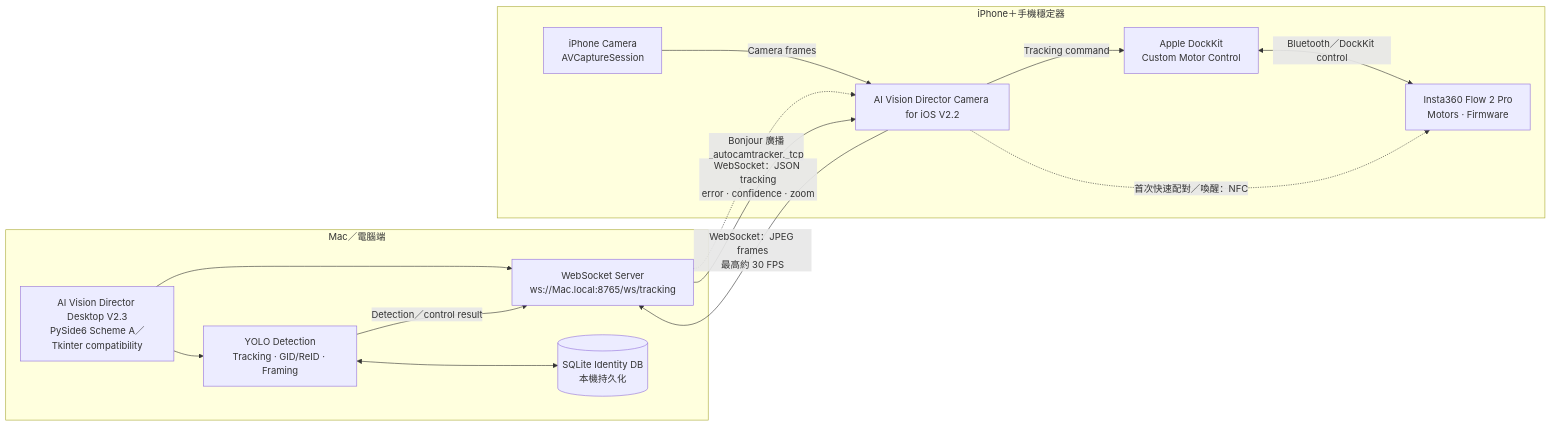
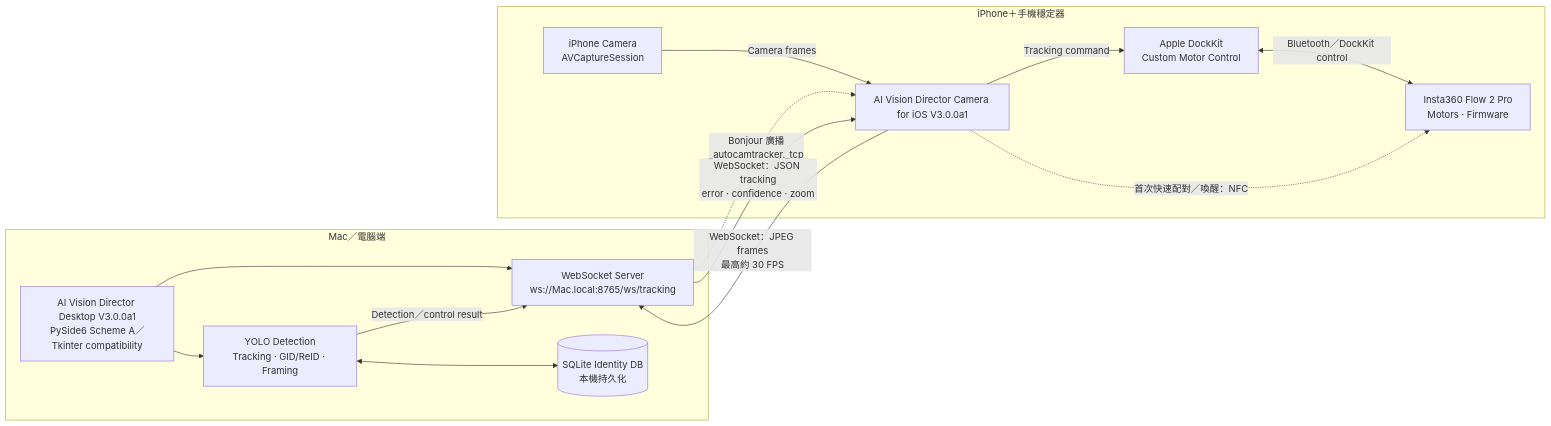
Before and after one commit to LN-676/AI-Vision-Director: the first of 3 diagrams in README.md, drawn with Mermaid. The commit also changed other lines of this file and 54 other files, not shown here.

Commit message:
release: AI Vision Director V3.0.0a1

````diff
--- a/README.md
+++ b/README.md
@@ -22,30 +22,30 @@
 ```mermaid
 flowchart LR
     subgraph COMPUTER["Mac／電腦端"]
-        DESKTOP["AI Vision Director Desktop V2.3<br/>PySide6 Scheme A／Tkinter compatibility"]
+        DESKTOP["AI Vision Director Desktop V3.0.0a1<br/>PySide6 Scheme A／Tkinter compatibility"]
         SERVER["WebSocket Server<br/>ws://Mac.local:8765/ws/tracking"]
         AI["YOLO Detection<br/>Tracking · GID/ReID · Framing"]
         DB[("SQLite Identity DB<br/>本機持久化")]
 
         DESKTOP --> SERVER
         DESKTOP --> AI
         AI <--> DB
     end
 
     subgraph MOBILE["iPhone＋手機穩定器"]
-        IOS["AI Vision Director Camera for iOS V2.2"]
+        IOS["AI Vision Director Camera for iOS V3.0.0a1"]
         CAMERA["iPhone Camera<br/>AVCaptureSession"]
         DOCKKIT["Apple DockKit<br/>Custom Motor Control"]
         GIMBAL["Insta360 Flow 2 Pro<br/>Motors · Firmware"]
 
         CAMERA -->|"Camera frames"| IOS
         IOS -->|"Tracking command"| DOCKKIT
         DOCKKIT <-->|"Bluetooth／DockKit control"| GIMBAL
         IOS -.->|"首次快速配對／喚醒：NFC"| GIMBAL
     end
 
     SERVER -.->|"Bonjour 廣播<br/>_autocamtracker._tcp"| IOS
     IOS -->|"WebSocket：JPEG frames<br/>最高約 30 FPS"| SERVER
     SERVER -->|"WebSocket：JSON tracking<br/>error · confidence · zoom"| IOS
     AI -->|"Detection／control result"| SERVER
 ```
````
